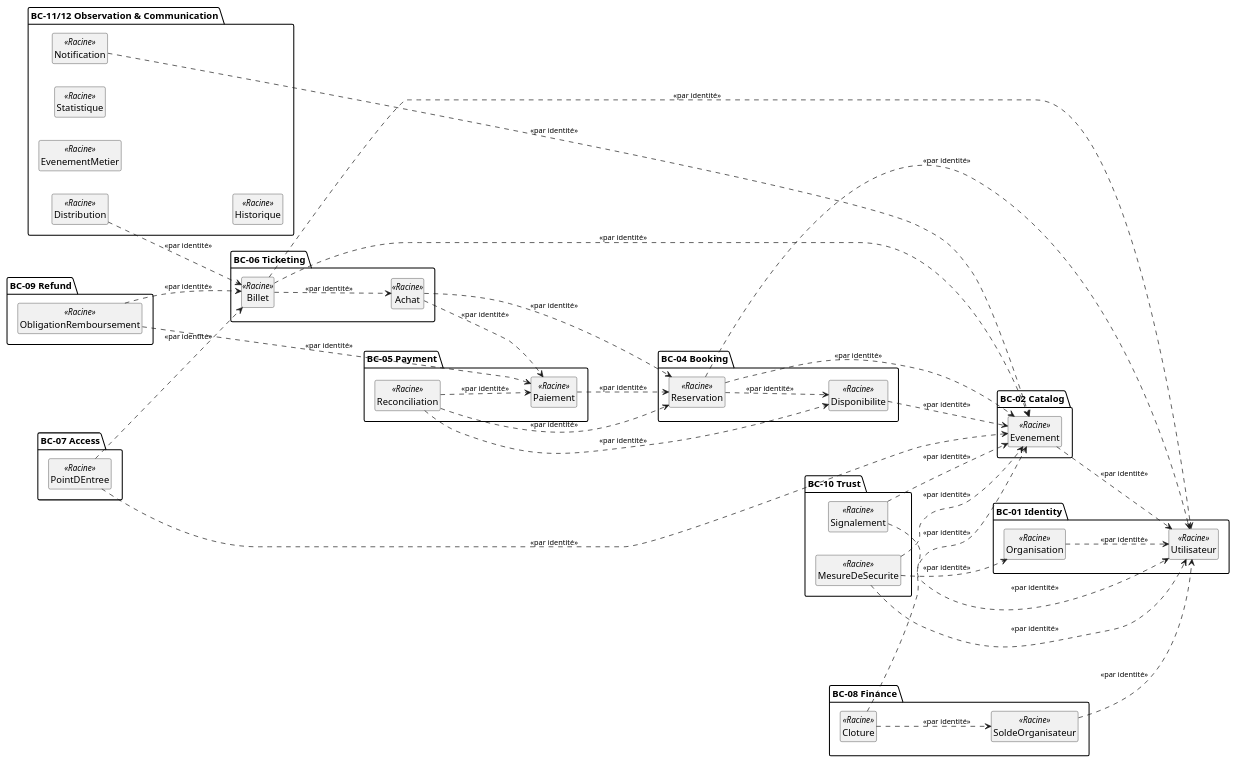
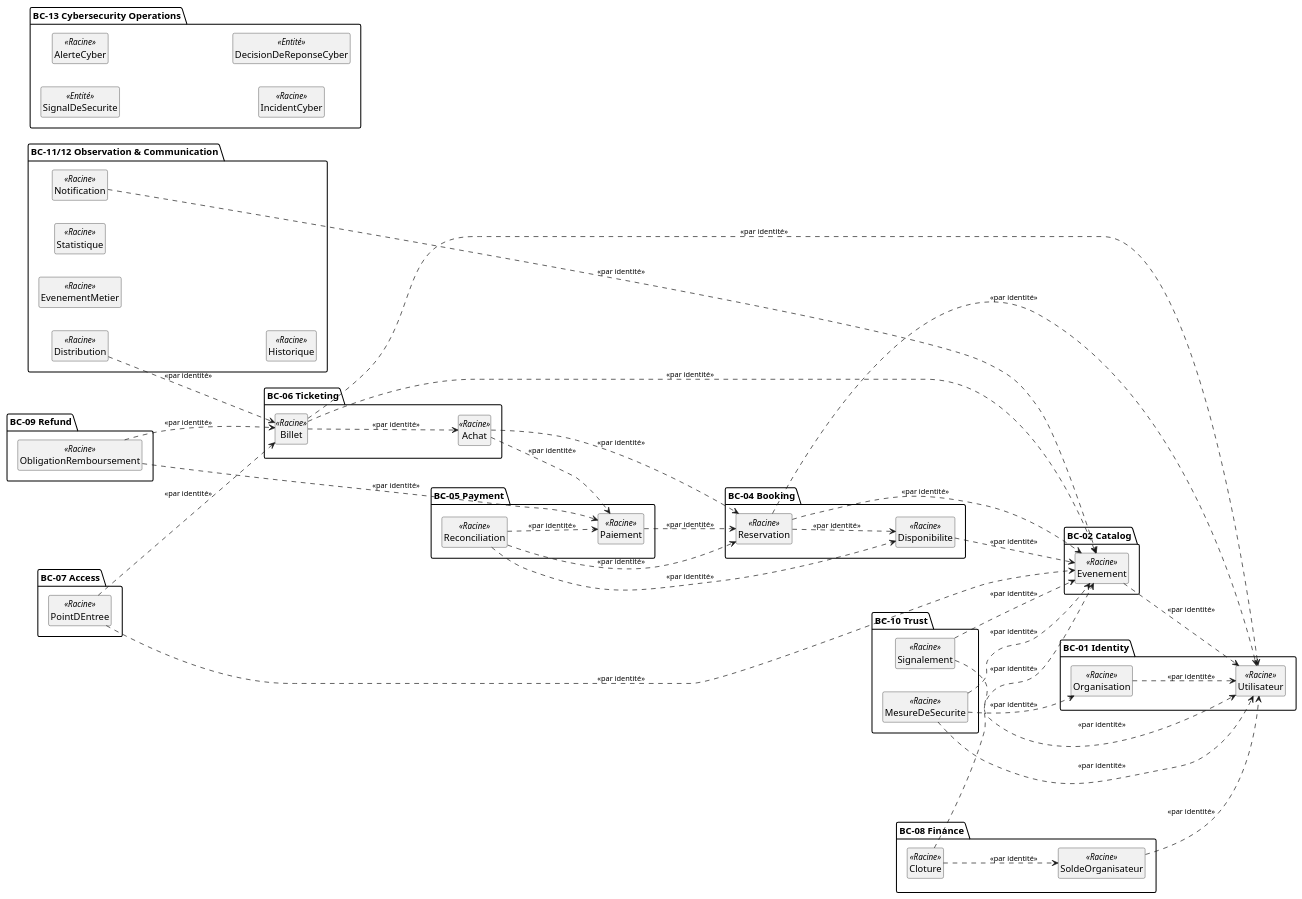
Before and after one commit to SamuHabra/eventix-documentation: the first of 10 diagrams in docs/06-modelisation-uml/diagrammes-de-classes.md, drawn with PlantUML. The commit also changed other lines of this file and 67 other files, not shown here.

```diff
--- a/docs/06-modelisation-uml/diagrammes-de-classes.md
+++ b/docs/06-modelisation-uml/diagrammes-de-classes.md
@@ -115,6 +116,12 @@
   class Distribution <<Racine>>
   class Notification <<Racine>>
 }
+package "BC-13 Cybersecurity Operations" {
+  class SignalDeSecurite <<Entité>>
+  class AlerteCyber <<Racine>>
+  class IncidentCyber <<Racine>>
+  class DecisionDeReponseCyber <<Entité>>
+}
 
 Organisation ..> Utilisateur : <<par identité>>
 Evenement ..> Utilisateur : <<par identité>>
```
